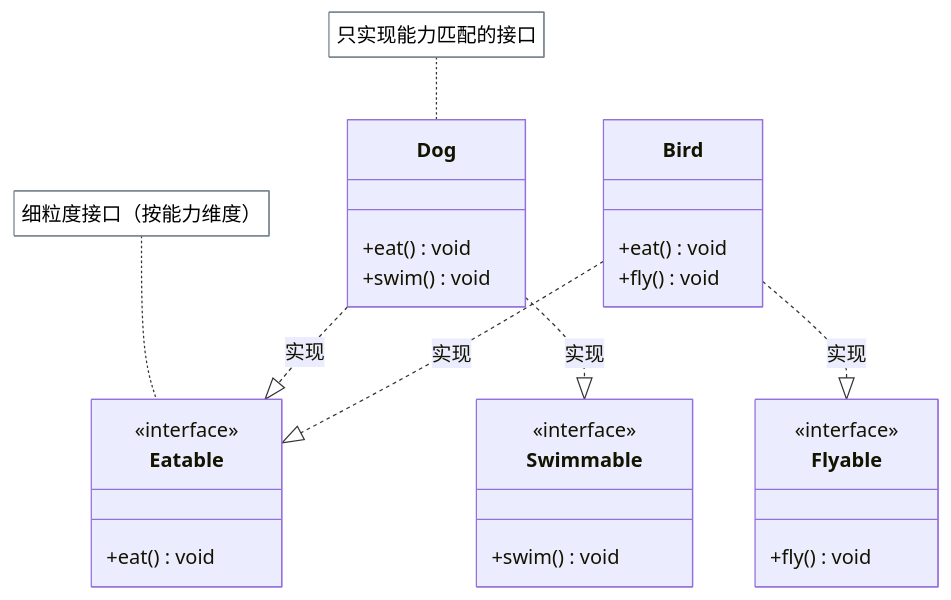
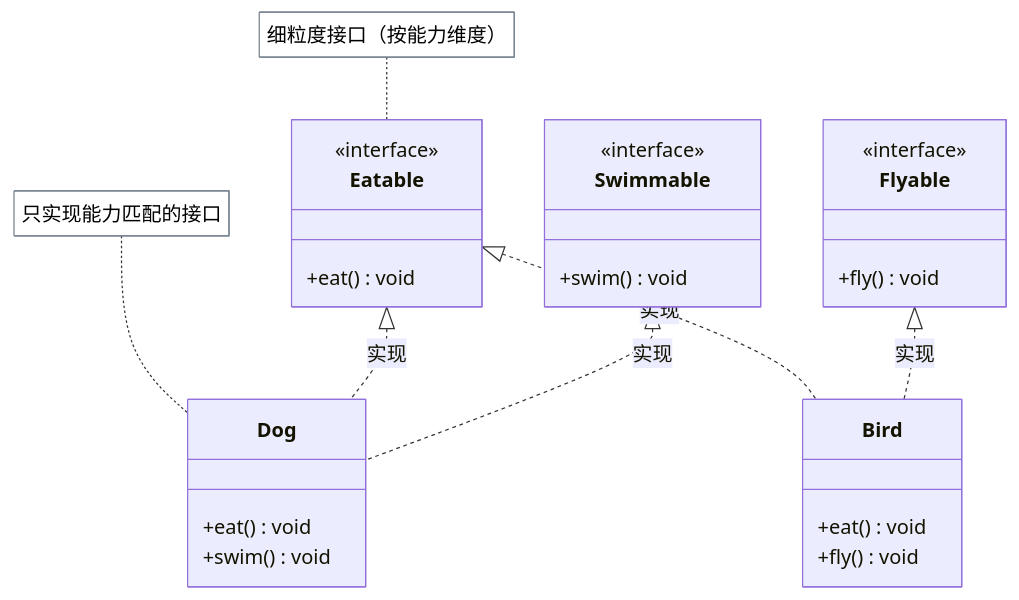
One commit to luguosong/programming-notes changed the sixth of 7 diagrams in docs/topic/design-patterns/design-principles/index.md. Above: the diagram before and after it, drawn with Mermaid. The commit also changed other lines of this file and 1 other file, not shown here.

Commit message:
fix: 修正 classDiagram 箭头语义错误
- ISP 图：将 ..|>（实现，方向反向）改为 <|.. 保持项目约定一致
- OCP 图：OrderService 持有 DiscountStrategy 字段，改为关联箭头 -->
- DIP 图：UserService 持有 UserRepository 字段，改为关联箭头 -->
- Adapter 对比图：Adapter 持有 Adaptee 字段引用，改为关联箭头 -->
  （..> 表示临时依赖，--> 表示字段持有，语义更准确）

````diff
--- a/docs/topic/design-patterns/design-principles/index.md
+++ b/docs/topic/design-patterns/design-principles/index.md
@@ -540,31 +540,31 @@
 ```mermaid
 %%{init: {'themeVariables': {'noteBkgColor': 'transparent', 'noteBorderColor': '#768390'}}}%%
 classDiagram
     classDef default fill:transparent,stroke:#768390
     class Eatable {
         <<interface>>
         +eat() void
     }
     class Flyable {
         <<interface>>
         +fly() void
     }
     class Swimmable {
         <<interface>>
         +swim() void
     }
     class Dog {
         +eat() void
         +swim() void
     }
     class Bird {
         +eat() void
         +fly() void
     }
-    Dog ..|> Eatable : 实现
-    Dog ..|> Swimmable : 实现
-    Bird ..|> Eatable : 实现
-    Bird ..|> Flyable : 实现
+    Eatable <|.. Dog : 实现
+    Swimmable <|.. Dog : 实现
+    Eatable <|.. Bird : 实现
+    Flyable <|.. Bird : 实现
     note for Eatable "细粒度接口（按能力维度）"
     note for Dog "只实现能力匹配的接口"
 ```
````
